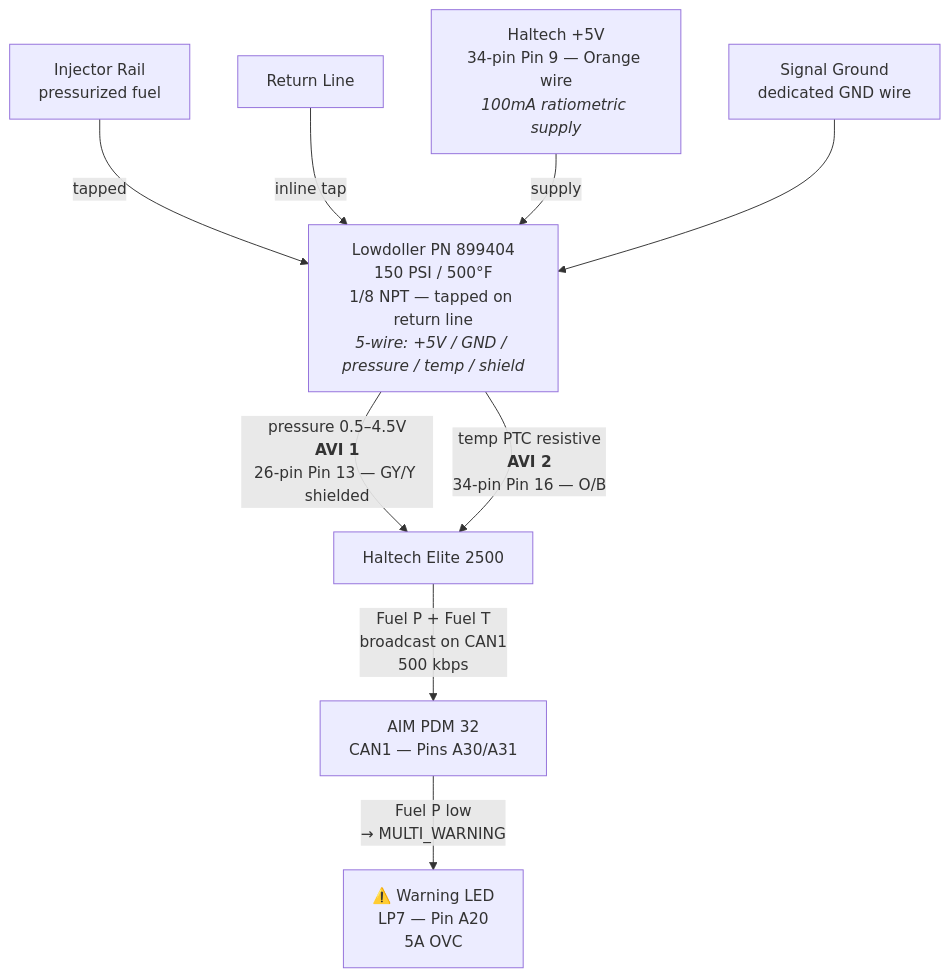
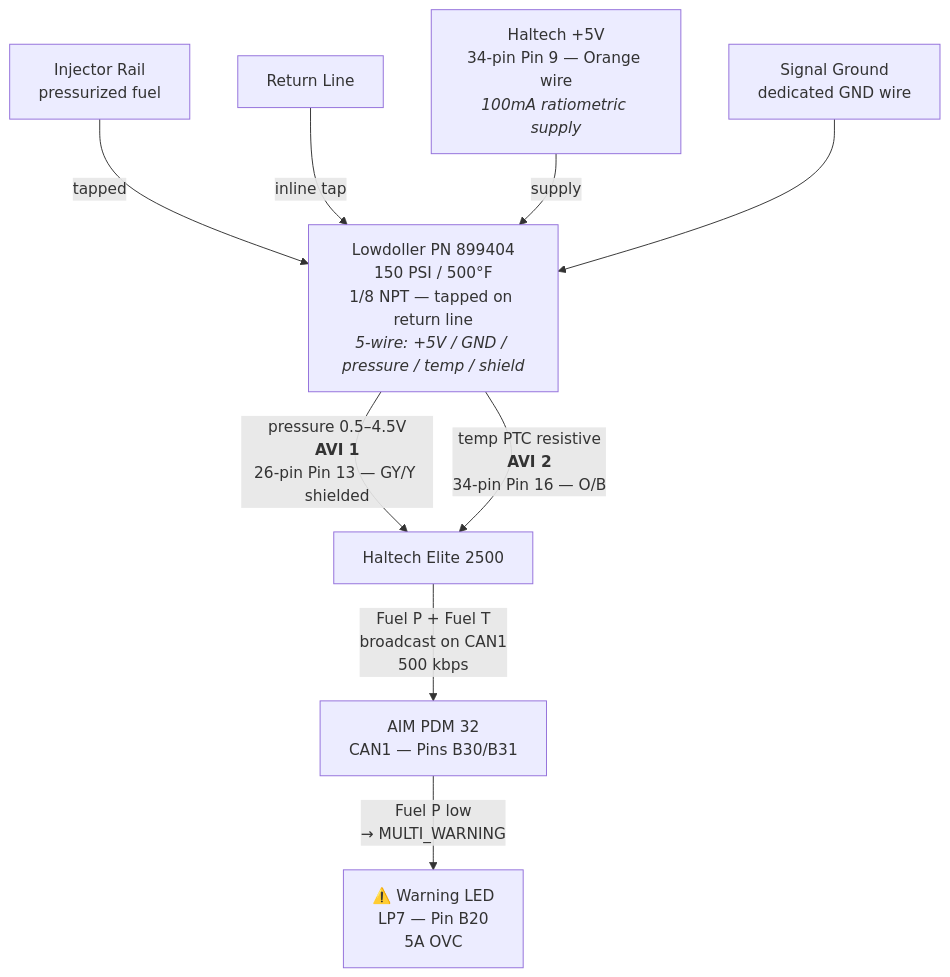
One commit to JF245-tb/tiburon-gk-knowledgebase changed the second of 2 diagrams in Knowledgebase/builds/white-tiburon/diagrams/fuel-pump.md. Above: the diagram before and after it, drawn with Mermaid. The commit also changed other lines of this file and 10 other files, not shown here.

First line of the commit message:
Fix PDM pin labels, add Race Studio output signal dialogs

````diff
--- a/Knowledgebase/builds/white-tiburon/diagrams/fuel-pump.md
+++ b/Knowledgebase/builds/white-tiburon/diagrams/fuel-pump.md
@@ -39,29 +39,29 @@
 ```mermaid
 flowchart TD
     RAIL["Injector Rail<br/>pressurized fuel"]
     RETURN["Return Line"]
 
     SENSOR["Lowdoller PN 899404<br/>150 PSI / 500°F<br/>1/8 NPT — tapped on return line<br/><i>5-wire: +5V / GND / pressure / temp / shield</i>"]
 
     RAIL -->|"tapped"| SENSOR
     RETURN -->|"inline tap"| SENSOR
 
     PWR5V["Haltech +5V<br/>34-pin Pin 9 — Orange wire<br/><i>100mA ratiometric supply</i>"]
     GND["Signal Ground<br/>dedicated GND wire"]
 
     PWR5V -->|"supply"| SENSOR
     GND --> SENSOR
 
     SENSOR -->|"pressure 0.5–4.5V<br/><b>AVI 1</b><br/>26-pin Pin 13 — GY/Y shielded"| ECU["Haltech Elite 2500"]
     SENSOR -->|"temp PTC resistive<br/><b>AVI 2</b><br/>34-pin Pin 16 — O/B"| ECU
 
-    ECU -->|"Fuel P + Fuel T<br/>broadcast on CAN1<br/>500 kbps"| PDM["AIM PDM 32<br/>CAN1 — Pins A30/A31"]
+    ECU -->|"Fuel P + Fuel T<br/>broadcast on CAN1<br/>500 kbps"| PDM["AIM PDM 32<br/>CAN1 — Pins B30/B31"]
 
-    PDM -->|"Fuel P low<br/>→ MULTI_WARNING"| LED["⚠️ Warning LED<br/>LP7 — Pin A20<br/>5A OVC"]
+    PDM -->|"Fuel P low<br/>→ MULTI_WARNING"| LED["⚠️ Warning LED<br/>LP7 — Pin B20<br/>5A OVC"]
 
     click SENSOR "Knowledgebase/hardware/sensors/lowdoller-sensors.md" "Sensor specs and wiring"
     click PWR5V "Knowledgebase/hardware/haltech/main-connector-34-pin-elite2500.md" "34-pin pinout"
     click ECU "Knowledgebase/hardware/haltech/main-connector-26-pin-elite2500.md" "26-pin pinout (AVI 1)"
     click PDM "Knowledgebase/hardware/aim/aim-pdm/pdm-pinout.md" "PDM pinout"
     click LED "Knowledgebase/hardware/aim/aim-pdm/pdm-configuration-guide.md" "MULTI_WARNING logic"
 ```
````
